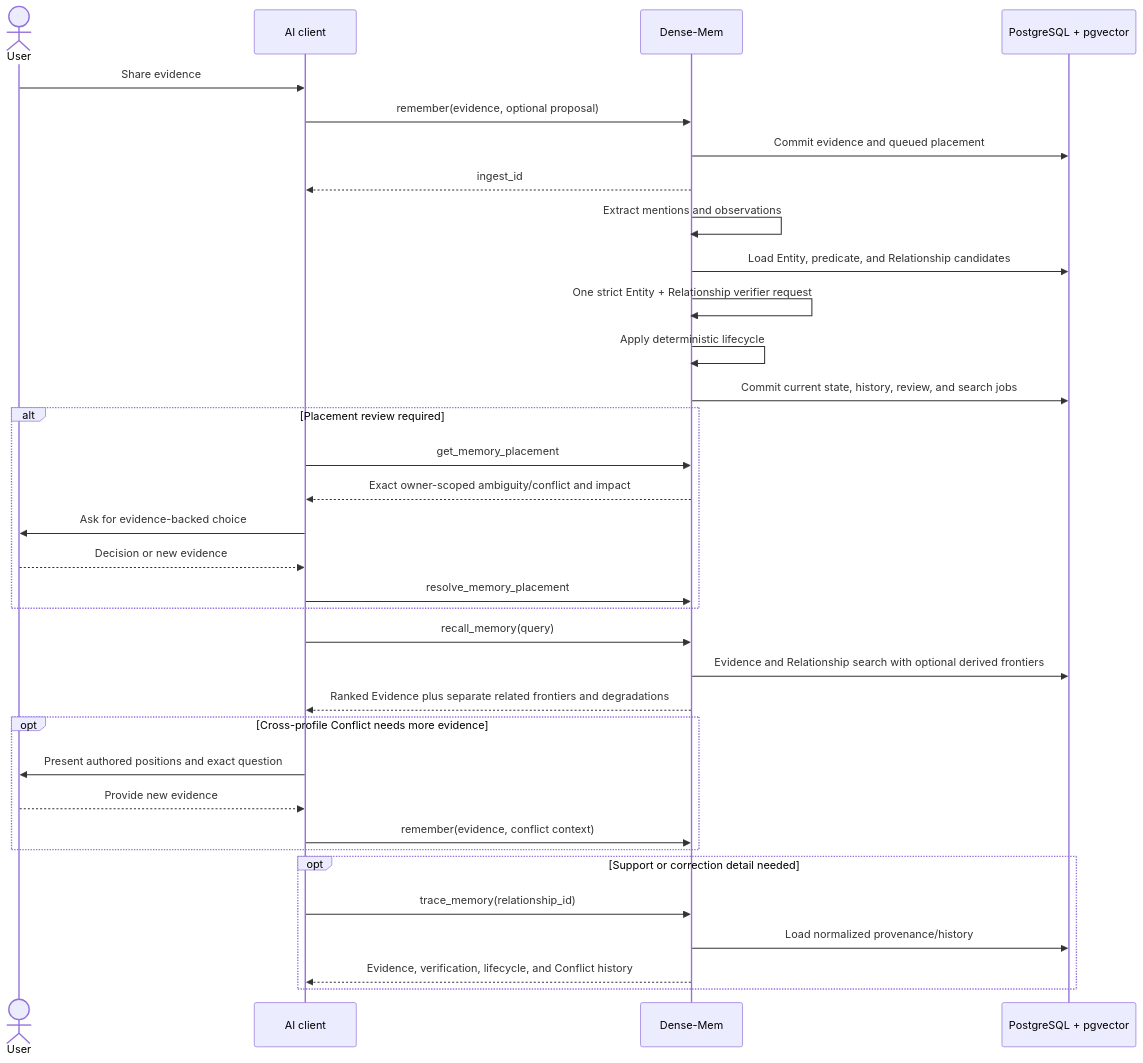
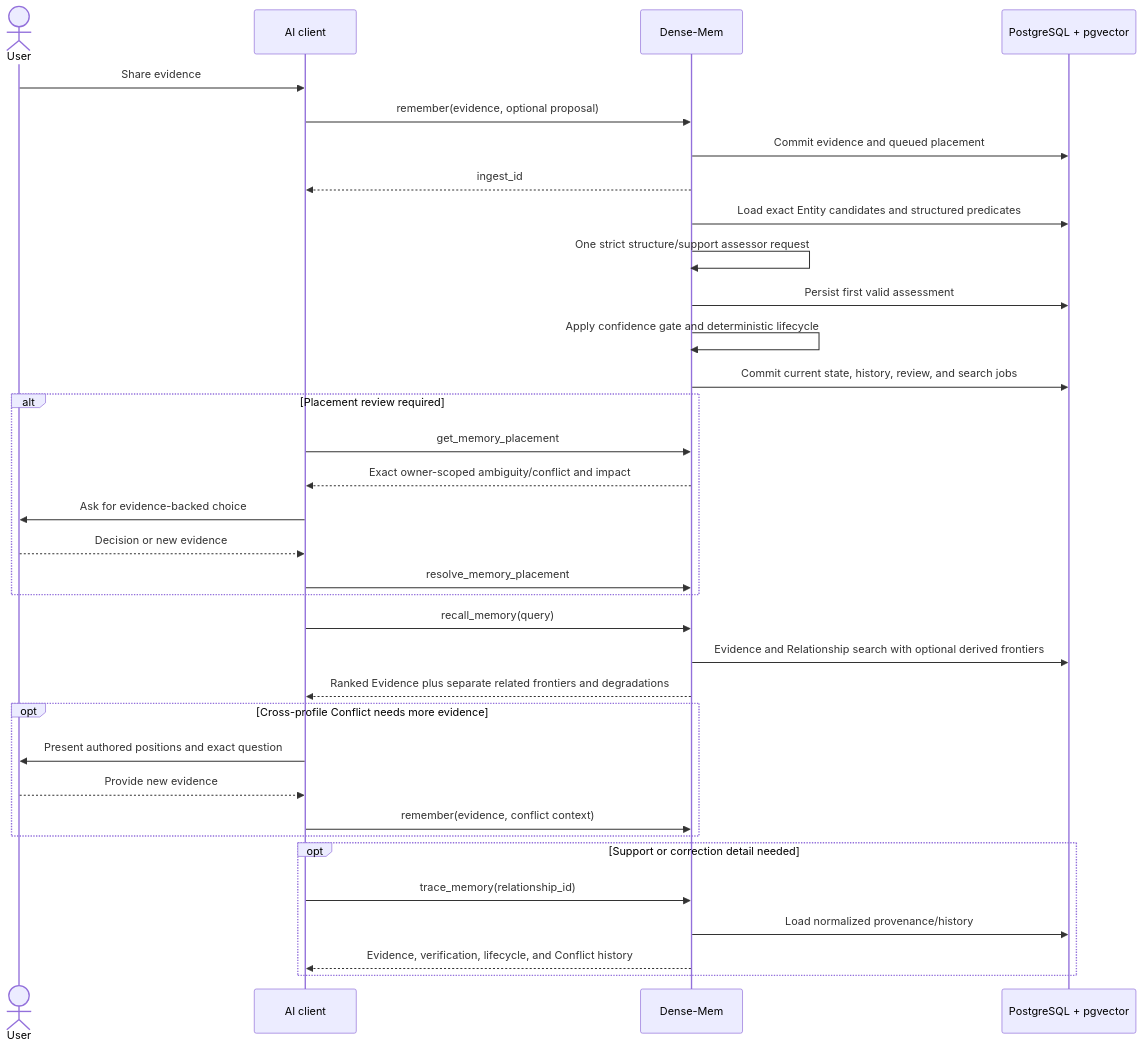
Before and after one commit to markhuangai/dense-mem: the first of 3 diagrams in Home.md, drawn with Mermaid. The commit also changed other lines of this file and 24 other files, not shown here.

Commit message:
Document V2.4 one-call placement architecture

````diff
--- a/Home.md
+++ b/Home.md
@@ -25,38 +26,38 @@
 ```mermaid
 %%{init: {"sequence": {"rightAngles": true}}}%%
 sequenceDiagram
   actor User
   participant Host as AI client
   participant DM as Dense-Mem
   participant PG as PostgreSQL + pgvector
 
   User->>Host: Share evidence
   Host->>DM: remember(evidence, optional proposal)
   DM->>PG: Commit evidence and queued placement
   DM-->>Host: ingest_id
-  DM->>DM: Extract mentions and observations
-  DM->>PG: Load Entity, predicate, and Relationship candidates
-  DM->>DM: One strict Entity + Relationship verifier request
-  DM->>DM: Apply deterministic lifecycle
+  DM->>PG: Load exact Entity candidates and structured predicates
+  DM->>DM: One strict structure/support assessor request
+  DM->>PG: Persist first valid assessment
+  DM->>DM: Apply confidence gate and deterministic lifecycle
   DM->>PG: Commit current state, history, review, and search jobs
   alt Placement review required
     Host->>DM: get_memory_placement
     DM-->>Host: Exact owner-scoped ambiguity/conflict and impact
     Host->>User: Ask for evidence-backed choice
     User-->>Host: Decision or new evidence
     Host->>DM: resolve_memory_placement
   end
   Host->>DM: recall_memory(query)
   DM->>PG: Evidence and Relationship search with optional derived frontiers
   DM-->>Host: Ranked Evidence plus separate related frontiers and degradations
   opt Cross-profile Conflict needs more evidence
     Host->>User: Present authored positions and exact question
     User-->>Host: Provide new evidence
     Host->>DM: remember(evidence, conflict context)
   end
   opt Support or correction detail needed
     Host->>DM: trace_memory(relationship_id)
     DM->>PG: Load normalized provenance/history
     DM-->>Host: Evidence, verification, lifecycle, and Conflict history
   end
 ```
````
